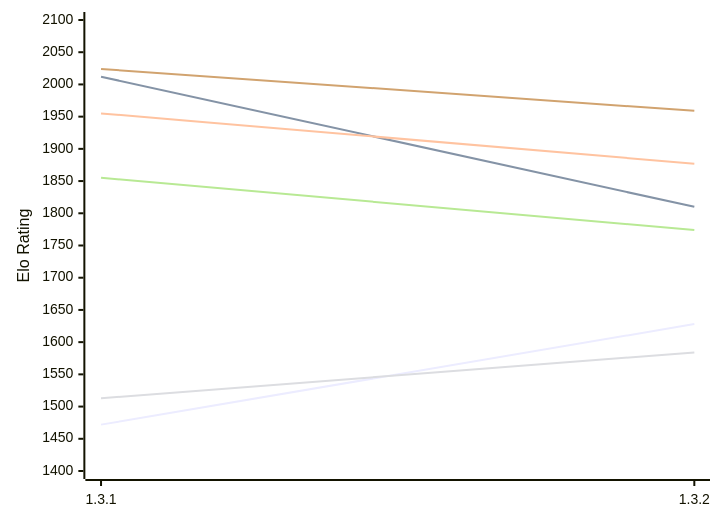
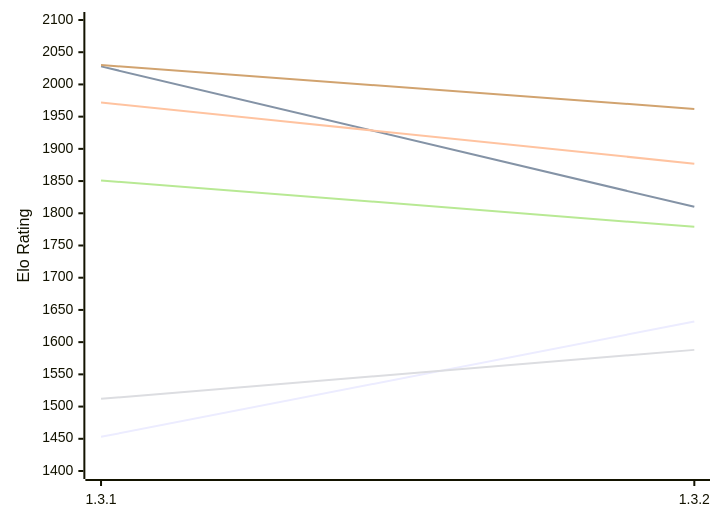
Before and after one commit to computer-chess-index/cci: the first of 2 diagrams in engines/Zugblitz.md, drawn with Mermaid. The commit also changed other lines of this file, not shown here.

Commit message:
Update CCI Ratings (ELO VLTC) - 2026-11-25

````diff
--- a/engines/Zugblitz.md
+++ b/engines/Zugblitz.md
@@ -50,12 +50,12 @@
 ```mermaid
 %%{init: {"theme":"base","themeVariables":{"seriesColors:['#a3a3a3','#222221','#faa371']}}}%%
 xychart-beta
   x-axis ["1.3.1", "1.3.2"]
   y-axis "Elo Rating" 1400 --> 2100
-  line "E1: STC (8.0+0.08s)" [1472, 1628]
-  line "E1: LTC (60.0+0.60s)" [2012, 1810]
-  line "E1: VLTC (2m24s+1.12s)" [1955, 1877]
-  line "P1: STC (8.0+0.08s)" [1513, 1584]
-  line "P1: LTC (60.0+0.60s)" [1855, 1774]
-  line "P1: VLTC (2m24s+1.12s)" [2024, 1959]
+  line "E1: STC (8.0+0.08s)" [1453, 1632]
+  line "E1: LTC (60.0+0.60s)" [2028, 1810]
+  line "E1: VLTC (2m24s+1.12s)" [1972, 1877]
+  line "P1: STC (8.0+0.08s)" [1512, 1588]
+  line "P1: LTC (60.0+0.60s)" [1851, 1779]
+  line "P1: VLTC (2m24s+1.12s)" [2030, 1962]
 ```
````
